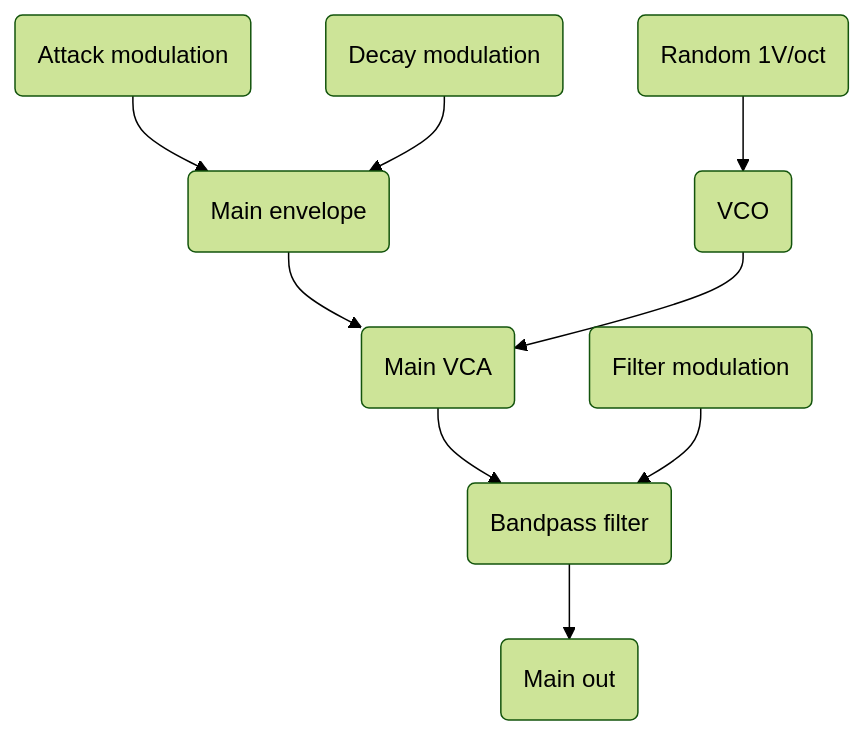
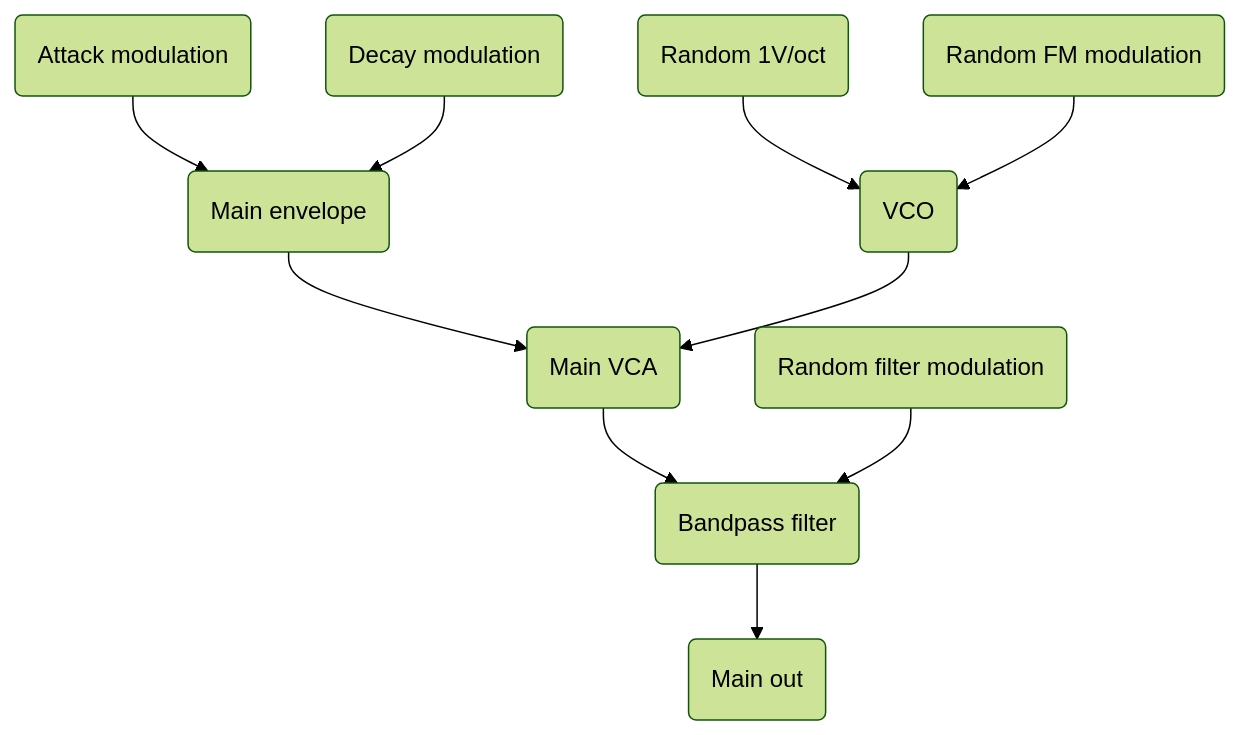
One commit to aidanreilly/man_synth changed the diagram in _drafts/krell.md. Above: the diagram before and after it, drawn with Mermaid (forest theme). The commit also changed other lines of this file, not shown here.

```diff
--- a/_drafts/krell.md
+++ b/_drafts/krell.md
@@ -24,11 +24,12 @@
 <div class="mermaid">
 graph TD;
 A(Main envelope) -->B(Main VCA)
 I(VCO)-->B(Main VCA)
 J(Random 1V/oct)-->I(VCO)
+K(Random FM modulation)-->I(VCO)
 E(Attack modulation)-->A(Main envelope)
 F(Decay modulation)-->A(Main envelope)
 B(Main VCA)-->D(Bandpass filter)
-G(Filter modulation)-->D(Bandpass filter)
+G(Random filter modulation)-->D(Bandpass filter)
 D(Bandpass filter)-->H(Main out)
 </div>
```
